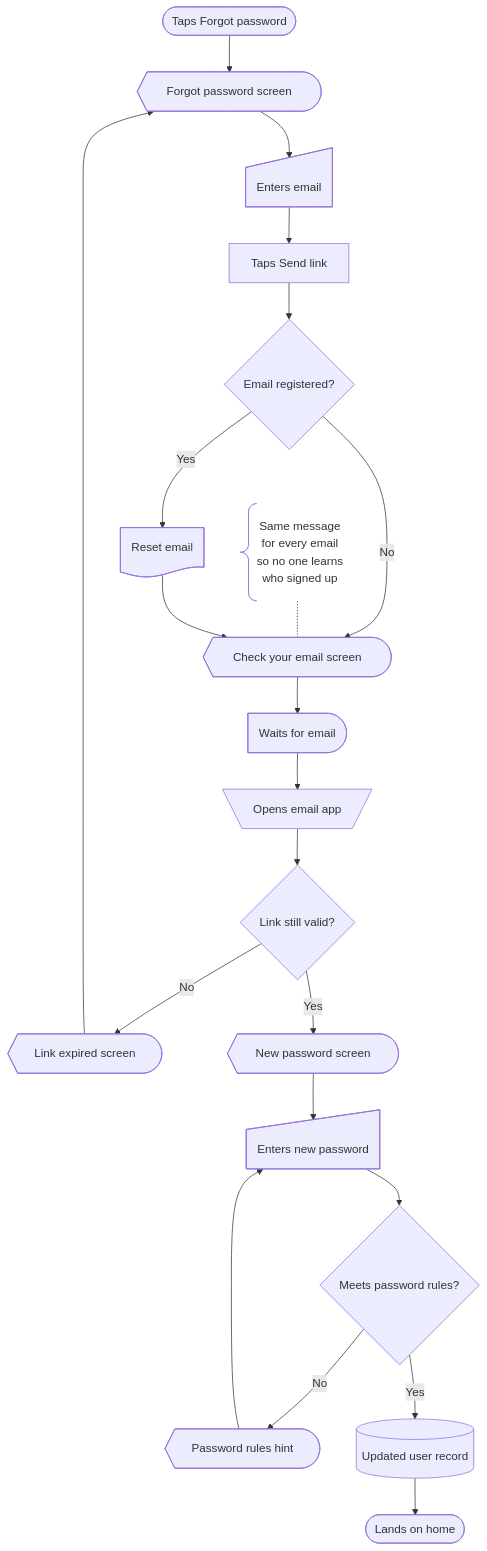
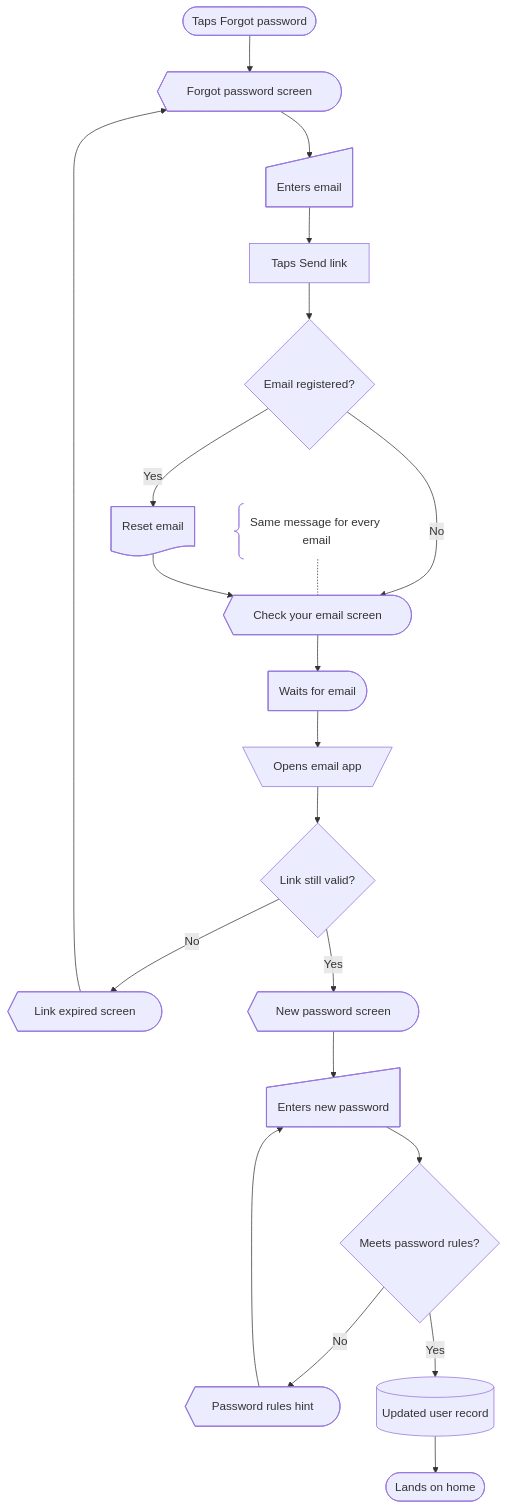
Before and after one commit to yoursharif/mermaid-userflow-diagram: the sixth of 7 diagrams in references/flows.md, drawn with Mermaid. The commit also changed other lines of this file and 5 other files, not shown here.

````diff
--- a/references/flows.md
+++ b/references/flows.md
@@ -205,42 +205,42 @@
 ```mermaid
 flowchart TD
   startForgot@{ shape: stadium, label: "Taps Forgot password" }
   scrForgot@{ shape: curv-trap, label: "Forgot password screen" }
   inEmail@{ shape: sl-rect, label: "Enters email" }
   actSend@{ shape: rect, label: "Taps Send link" }
   decKnown@{ shape: diam, label: "Email registered?" }
   docReset@{ shape: doc, label: "Reset email" }
   scrCheck@{ shape: curv-trap, label: "Check your email screen" }
-  noteSame@{ shape: brace, label: "Same message<br>for every email<br>so no one learns<br>who signed up" }
+  noteSame@{ shape: brace, label: "Same message for every email" }
   waitEmail@{ shape: delay, label: "Waits for email" }
   manOpenEmail@{ shape: trap-t, label: "Opens email app" }
   decLink@{ shape: diam, label: "Link still valid?" }
   scrExpired@{ shape: curv-trap, label: "Link expired screen" }
   scrNewPassword@{ shape: curv-trap, label: "New password screen" }
   inNewPassword@{ shape: sl-rect, label: "Enters new password" }
   decRules@{ shape: diam, label: "Meets password rules?" }
   scrRules@{ shape: curv-trap, label: "Password rules hint" }
   dbUser@{ shape: cyl, label: "Updated user record" }
   exitHome@{ shape: stadium, label: "Lands on home" }
 
   startForgot --> scrForgot
   scrForgot --> inEmail
   inEmail --> actSend
   actSend --> decKnown
   decKnown -->|Yes| docReset
   decKnown -->|No| scrCheck
   noteSame -.- scrCheck
   docReset --> scrCheck
   scrCheck --> waitEmail
   waitEmail --> manOpenEmail
   manOpenEmail --> decLink
   decLink -->|No| scrExpired
   decLink -->|Yes| scrNewPassword
   scrExpired --> scrForgot
   scrNewPassword --> inNewPassword
   inNewPassword --> decRules
   decRules -->|No| scrRules
   decRules -->|Yes| dbUser
   scrRules --> inNewPassword
   dbUser --> exitHome
 ```
````
